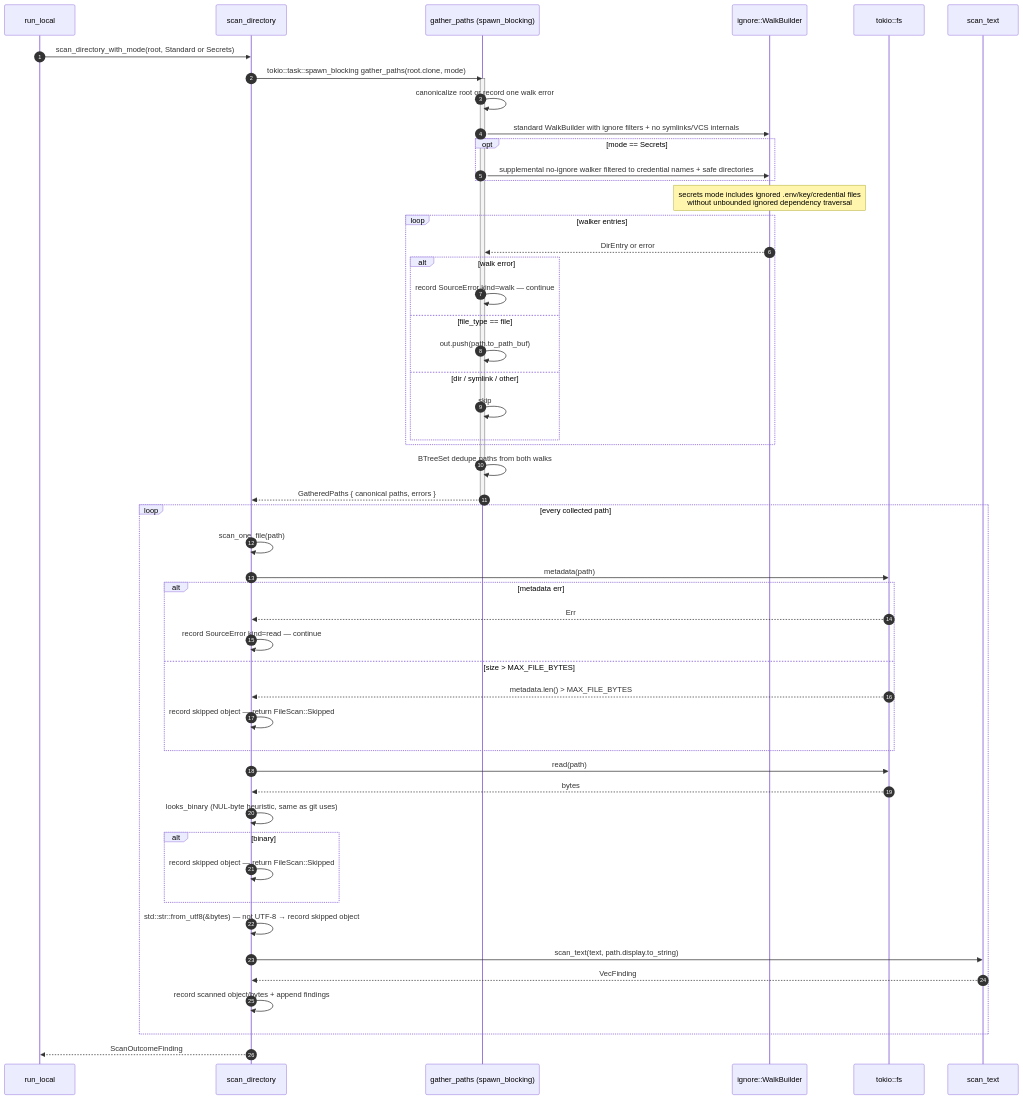
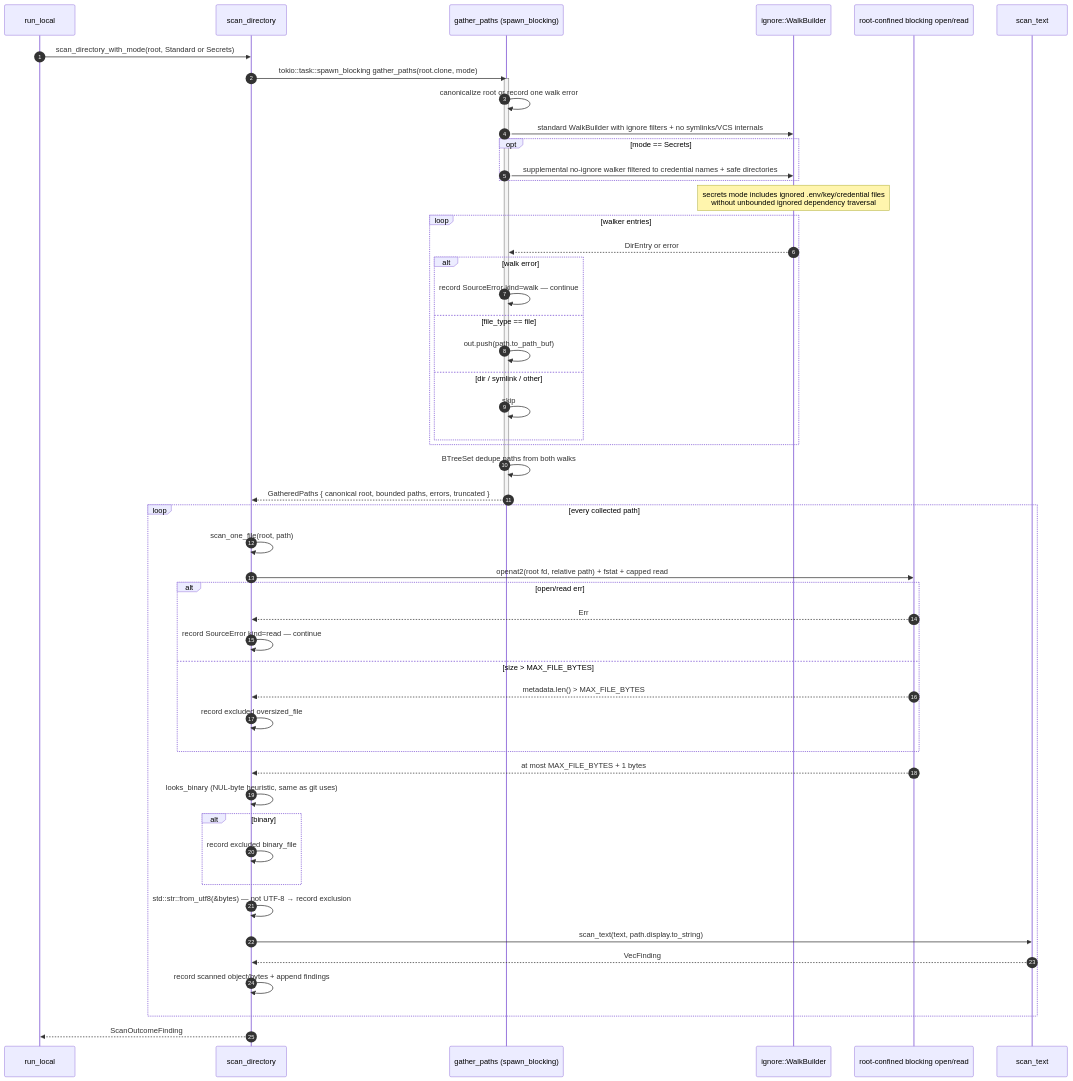
Before and after one commit to clavenar/clavenar-shadow-scanner: the second of 6 diagrams in docs/SEQUENCES.md, drawn with Mermaid. The commit also changed other lines of this file and 17 other files, not shown here.

````diff
--- a/docs/SEQUENCES.md
+++ b/docs/SEQUENCES.md
@@ -110,55 +113,54 @@
 ```mermaid
 sequenceDiagram
     autonumber
     participant Run as run_local
     participant Scan as scan_directory
     participant Gather as gather_paths (spawn_blocking)
     participant Ignore as ignore::WalkBuilder
-    participant Tokio as tokio::fs
+    participant Open as root-confined blocking open/read
     participant Det as scan_text
 
     Run->>Scan: scan_directory_with_mode(root, Standard or Secrets)
     Scan->>Gather: tokio::task::spawn_blocking gather_paths(root.clone, mode)
     activate Gather
     Gather->>Gather: canonicalize root or record one walk error
     Gather->>Ignore: standard WalkBuilder with ignore filters + no symlinks/VCS internals
     opt mode == Secrets
         Gather->>Ignore: supplemental no-ignore walker filtered to credential names + safe directories
     end
     Note over Ignore: secrets mode includes ignored .env/key/credential files<br/>without unbounded ignored dependency traversal
     loop walker entries
         Ignore-->>Gather: DirEntry or error
         alt walk error
             Gather->>Gather: record SourceError kind=walk — continue
         else file_type == file
             Gather->>Gather: out.push(path.to_path_buf)
         else dir / symlink / other
             Gather->>Gather: skip
         end
     end
     Gather->>Gather: BTreeSet dedupe paths from both walks
-    Gather-->>Scan: GatheredPaths { canonical paths, errors }
+    Gather-->>Scan: GatheredPaths { canonical root, bounded paths, errors, truncated }
     deactivate Gather
     loop every collected path
-        Scan->>Scan: scan_one_file(path)
-        Scan->>Tokio: metadata(path)
-        alt metadata err
-            Tokio-->>Scan: Err
+        Scan->>Scan: scan_one_file(root, path)
+        Scan->>Open: openat2(root fd, relative path) + fstat + capped read
+        alt open/read err
+            Open-->>Scan: Err
             Scan->>Scan: record SourceError kind=read — continue
         else size > MAX_FILE_BYTES
-            Tokio-->>Scan: metadata.len() > MAX_FILE_BYTES
-            Scan->>Scan: record skipped object — return FileScan::Skipped
+            Open-->>Scan: metadata.len() > MAX_FILE_BYTES
+            Scan->>Scan: record excluded oversized_file
         end
-        Scan->>Tokio: read(path)
-        Tokio-->>Scan: bytes
+        Open-->>Scan: at most MAX_FILE_BYTES + 1 bytes
         Scan->>Scan: looks_binary (NUL-byte heuristic, same as git uses)
         alt binary
-            Scan->>Scan: record skipped object — return FileScan::Skipped
+            Scan->>Scan: record excluded binary_file
         end
-        Scan->>Scan: std::str::from_utf8(&bytes) — not UTF-8 → record skipped object
+        Scan->>Scan: std::str::from_utf8(&bytes) — not UTF-8 → record exclusion
         Scan->>Det: scan_text(text, path.display.to_string)
         Det-->>Scan: VecFinding
         Scan->>Scan: record scanned object/bytes + append findings
     end
     Scan-->>Run: ScanOutcomeFinding
 ```
````
